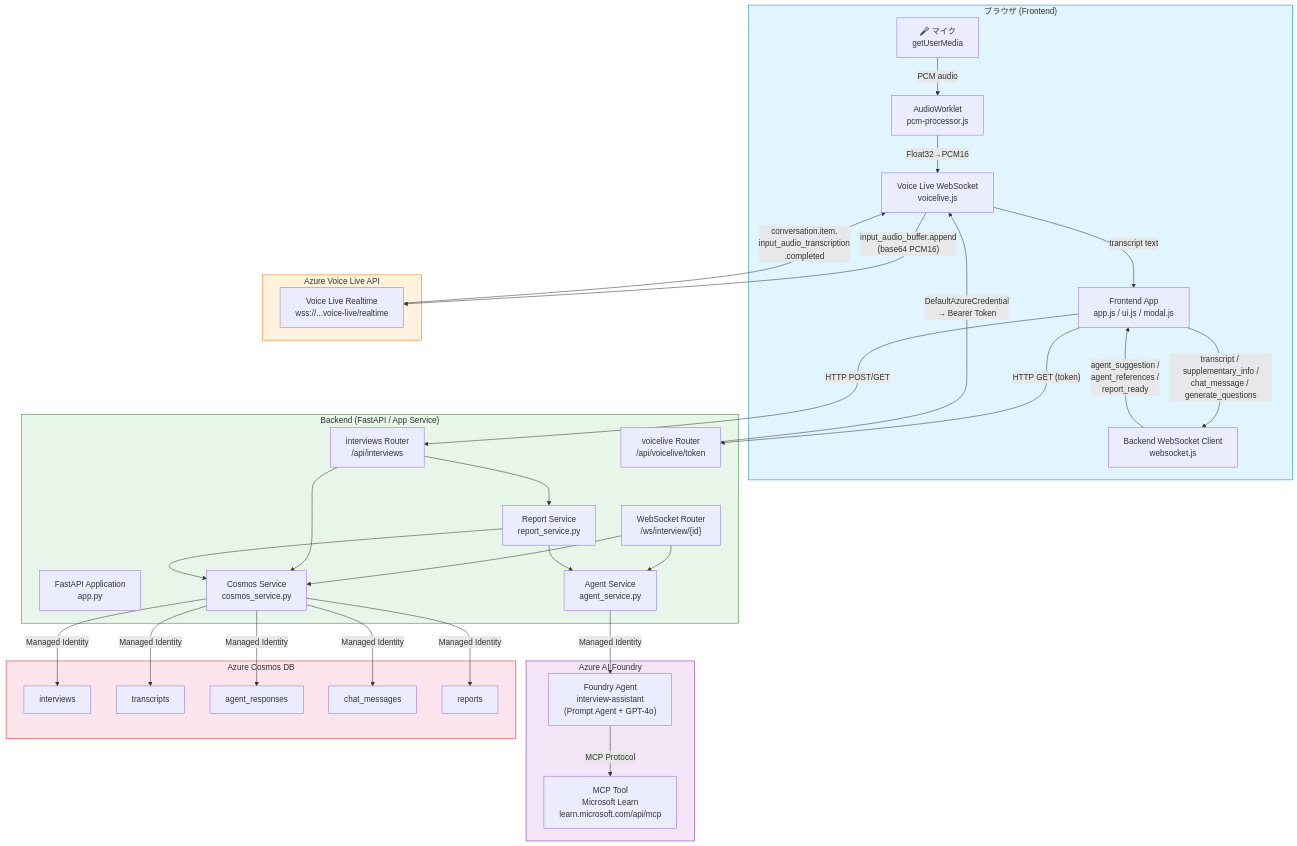
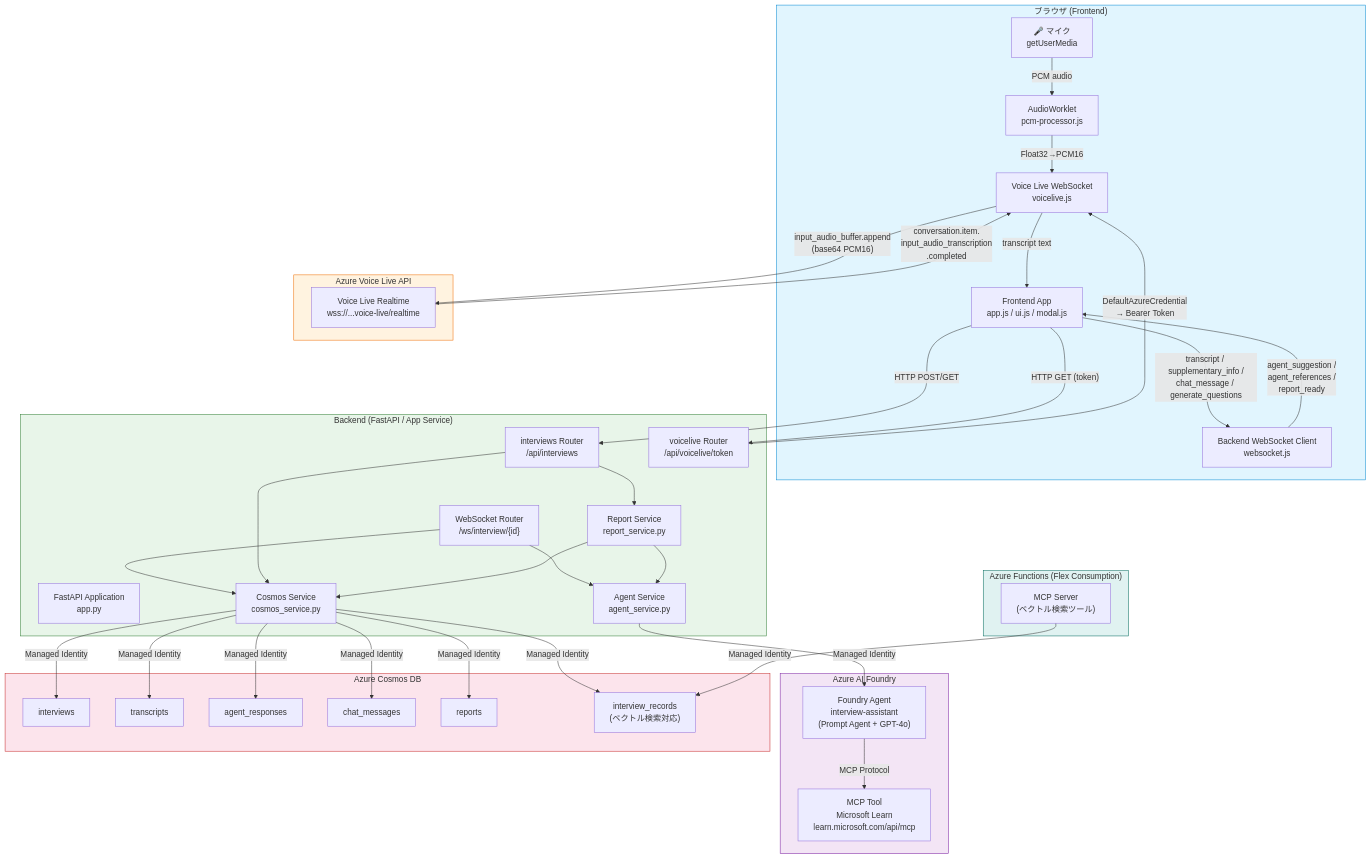
Before and after one commit to hatasaki/Interview-Assistant-AI: the first of 24 diagrams in spec/architecture.md, drawn with Mermaid. The commit also changed other lines of this file and 22 other files, not shown here.

````diff
--- a/spec/architecture.md
+++ b/spec/architecture.md
@@ -9,72 +9,80 @@
 ```mermaid
 graph TB
     subgraph Browser["ブラウザ (Frontend)"]
         MIC["🎤 マイク<br/>getUserMedia"]
         AW["AudioWorklet<br/>pcm-processor.js"]
         VL_WS["Voice Live WebSocket<br/>voicelive.js"]
         FE["Frontend App<br/>app.js / ui.js / modal.js"]
         BE_WS["Backend WebSocket Client<br/>websocket.js"]
     end
 
     subgraph Azure_VoiceLive["Azure Voice Live API"]
         VL_API["Voice Live Realtime<br/>wss://...voice-live/realtime"]
     end
 
     subgraph Backend["Backend (FastAPI / App Service)"]
         APP["FastAPI Application<br/>app.py"]
         R_INT["interviews Router<br/>/api/interviews"]
         R_VL["voicelive Router<br/>/api/voicelive/token"]
         R_WS["WebSocket Router<br/>/ws/interview/{id}"]
         AGT_SVC["Agent Service<br/>agent_service.py"]
         COS_SVC["Cosmos Service<br/>cosmos_service.py"]
         RPT_SVC["Report Service<br/>report_service.py"]
     end
 
     subgraph Azure_AI["Azure AI Foundry"]
         AGENT["Foundry Agent<br/>interview-assistant<br/>(Prompt Agent + GPT-4o)"]
         MCP["MCP Tool<br/>Microsoft Learn<br/>learn.microsoft.com/api/mcp"]
     end
 
     subgraph Azure_Cosmos["Azure Cosmos DB"]
         DB_INT["interviews"]
         DB_TR["transcripts"]
         DB_AR["agent_responses"]
         DB_CM["chat_messages"]
         DB_RP["reports"]
+        DB_IR["interview_records<br/>(ベクトル検索対応)"]
+    end
+
+    subgraph Azure_Functions["Azure Functions (Flex Consumption)"]
+        MCP_SRV["MCP Server<br/>(ベクトル検索ツール)"]
     end
 
     MIC -->|"PCM audio"| AW
     AW -->|"Float32→PCM16"| VL_WS
     VL_WS -->|"input_audio_buffer.append<br/>(base64 PCM16)"| VL_API
     VL_API -->|"conversation.item.<br/>input_audio_transcription<br/>.completed"| VL_WS
     VL_WS -->|"transcript text"| FE
 
     FE -->|"transcript / supplementary_info /<br/>chat_message / generate_questions"| BE_WS
     BE_WS -->|"agent_suggestion /<br/>agent_references /<br/>report_ready"| FE
 
     FE -->|"HTTP POST/GET"| R_INT
     FE -->|"HTTP GET (token)"| R_VL
 
     R_VL -->|"DefaultAzureCredential<br/>→ Bearer Token"| VL_WS
 
     R_WS --> AGT_SVC
     R_WS --> COS_SVC
     R_INT --> COS_SVC
     R_INT --> RPT_SVC
     RPT_SVC --> AGT_SVC
     RPT_SVC --> COS_SVC
 
     AGT_SVC -->|"Managed Identity"| AGENT
     AGENT -->|"MCP Protocol"| MCP
     COS_SVC -->|"Managed Identity"| DB_INT
     COS_SVC -->|"Managed Identity"| DB_TR
     COS_SVC -->|"Managed Identity"| DB_AR
     COS_SVC -->|"Managed Identity"| DB_CM
     COS_SVC -->|"Managed Identity"| DB_RP
+    COS_SVC -->|"Managed Identity"| DB_IR
+    MCP_SRV -->|"Managed Identity"| DB_IR
 
     style Browser fill:#e1f5fe,stroke:#0288d1
     style Azure_VoiceLive fill:#fff3e0,stroke:#ef6c00
     style Backend fill:#e8f5e9,stroke:#2e7d32
     style Azure_AI fill:#f3e5f5,stroke:#7b1fa2
     style Azure_Cosmos fill:#fce4ec,stroke:#c62828
+    style Azure_Functions fill:#e0f2f1,stroke:#00695c
 ```
````
